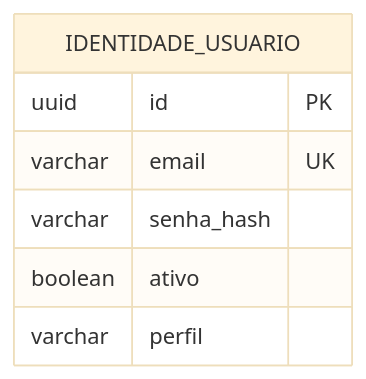
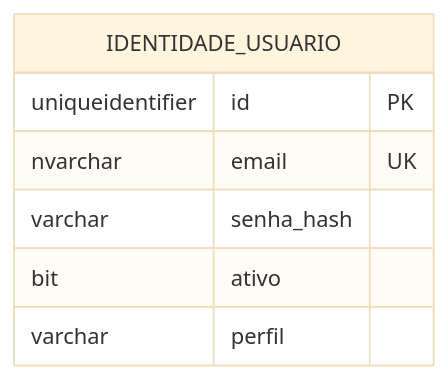
The tenth of 14 diagrams in docs/DIAGRAMAS-ARQUITETURA.md (mateusblm/nexfleet), drawn with Mermaid (base theme) before and after one commit. The commit also changed other lines of this file, not shown here.

Commit message:
Diagramas da v1.0.0: Frota no MongoDB, demais serviços no Azure SQL por schema e visão consolidada

````diff
--- a/docs/DIAGRAMAS-ARQUITETURA.md
+++ b/docs/DIAGRAMAS-ARQUITETURA.md
@@ -333,10 +364,10 @@
 ```mermaid
 erDiagram
   IDENTIDADE_USUARIO {
-    uuid id PK
-    varchar email UK
+    uniqueidentifier id PK
+    nvarchar email UK
     varchar senha_hash
-    boolean ativo
+    bit ativo
     varchar perfil
   }
 ```
````
